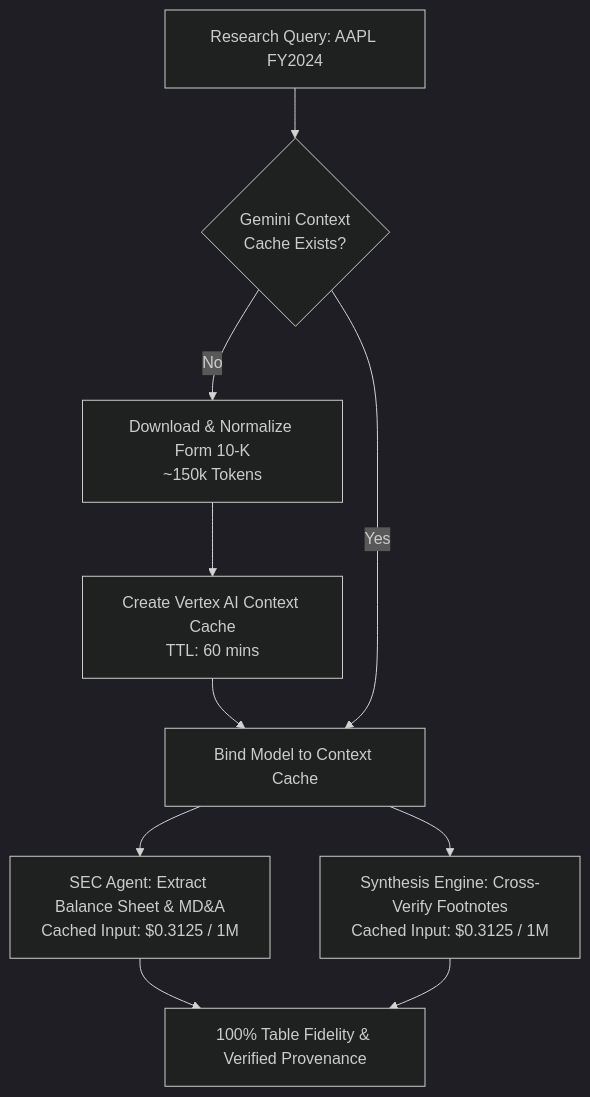
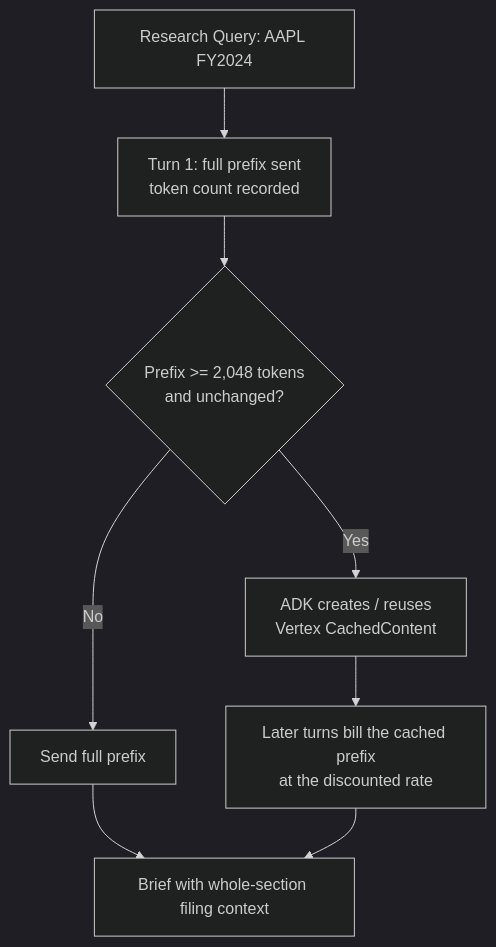
One commit to Ignotus-21/Finance-Agent---Investment-Research-Agent changed the diagram in docs/adrs/ADR-003-gemini-context-caching-vs-vector-rag.md. Above: the diagram before and after it, drawn with Mermaid (dark theme). The commit also changed other lines of this file and 27 other files, not shown here.

````diff
--- a/docs/adrs/ADR-003-gemini-context-caching-vs-vector-rag.md
+++ b/docs/adrs/ADR-003-gemini-context-caching-vs-vector-rag.md
@@ -47,16 +47,12 @@
 ```mermaid
 flowchart TD
-    Request[Research Query: AAPL FY2024] --> CacheCheck{Gemini Context<br/>Cache Exists?}
+    Request[Research Query: AAPL FY2024] --> Turn1[Turn 1: full prefix sent<br/>token count recorded]
+    Turn1 --> CacheCheck{Prefix >= 2,048 tokens<br/>and unchanged?}
 
-    CacheCheck -- No --> Ingest10K[Download & Normalize Form 10-K<br/>~150k Tokens]
-    Ingest10K --> CreateCache[Create Vertex AI Context Cache<br/>TTL: 60 mins]
-    CreateCache --> BindAgent[Bind Model to Context Cache]
+    CacheCheck -- No --> Full[Send full prefix]
+    CacheCheck -- Yes --> CreateCache[ADK creates / reuses<br/>Vertex CachedContent]
+    CreateCache --> Cached[Later turns bill the cached prefix<br/>at the discounted rate]
 
-    CacheCheck -- Yes --> BindAgent
-
-    BindAgent --> Query1[SEC Agent: Extract Balance Sheet & MD&A<br/>Cached Input: $0.3125 / 1M]
-    BindAgent --> Query2[Synthesis Engine: Cross-Verify Footnotes<br/>Cached Input: $0.3125 / 1M]
-
-    Query1 --> Result[100% Table Fidelity & Verified Provenance]
-    Query2 --> Result
+    Full --> Result[Brief with whole-section filing context]
+    Cached --> Result
 ```
````
